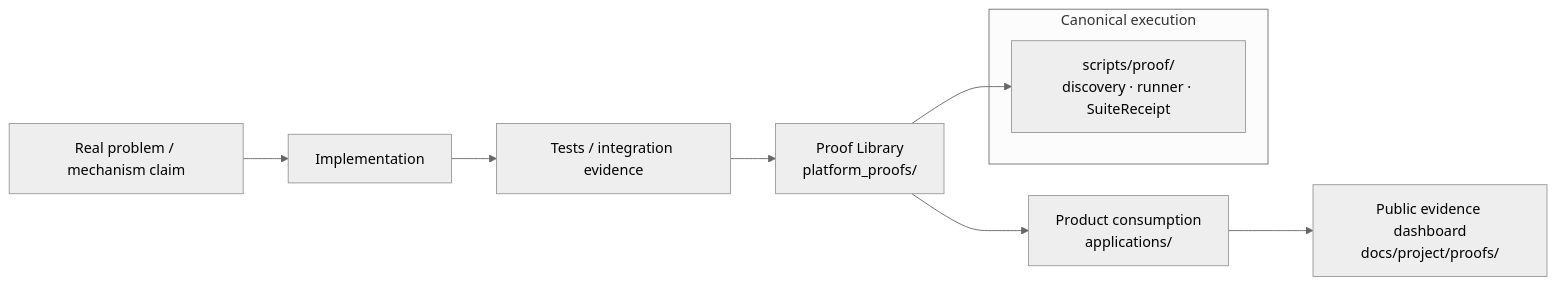
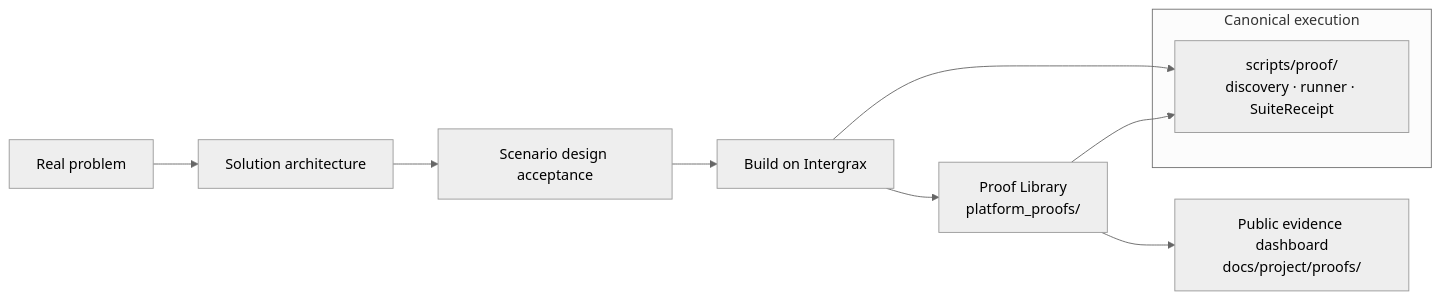
Before and after one commit to jakbuczarnecki/intergrax: the diagram in platform_proofs/README.md, drawn with Mermaid (neutral theme). The commit also changed other lines of this file and 4 other files, not shown here.

First line of the commit message:
docs(proofs): restore scenario-first design lifecycle

````diff
--- a/platform_proofs/README.md
+++ b/platform_proofs/README.md
@@ -27,14 +27,15 @@
 ```mermaid
 flowchart LR
-    A[Real problem / mechanism claim] --> B[Implementation]
-    B --> C[Tests / integration evidence]
-    C --> D[Proof Library<br/>platform_proofs/]
-    D --> E[Product consumption<br/>applications/]
+    A[Real problem] --> B[Solution architecture]
+    B --> C[Scenario design acceptance]
+    C --> D[Build on Intergrax]
+    D --> E[Proof Library<br/>platform_proofs/]
     E --> F[Public evidence dashboard<br/>docs/project/proofs/]
 
     subgraph execution [Canonical execution]
         S[scripts/proof/<br/>discovery · runner · SuiteReceipt]
     end
 
     D --> S
+    E --> S
 ```
````
